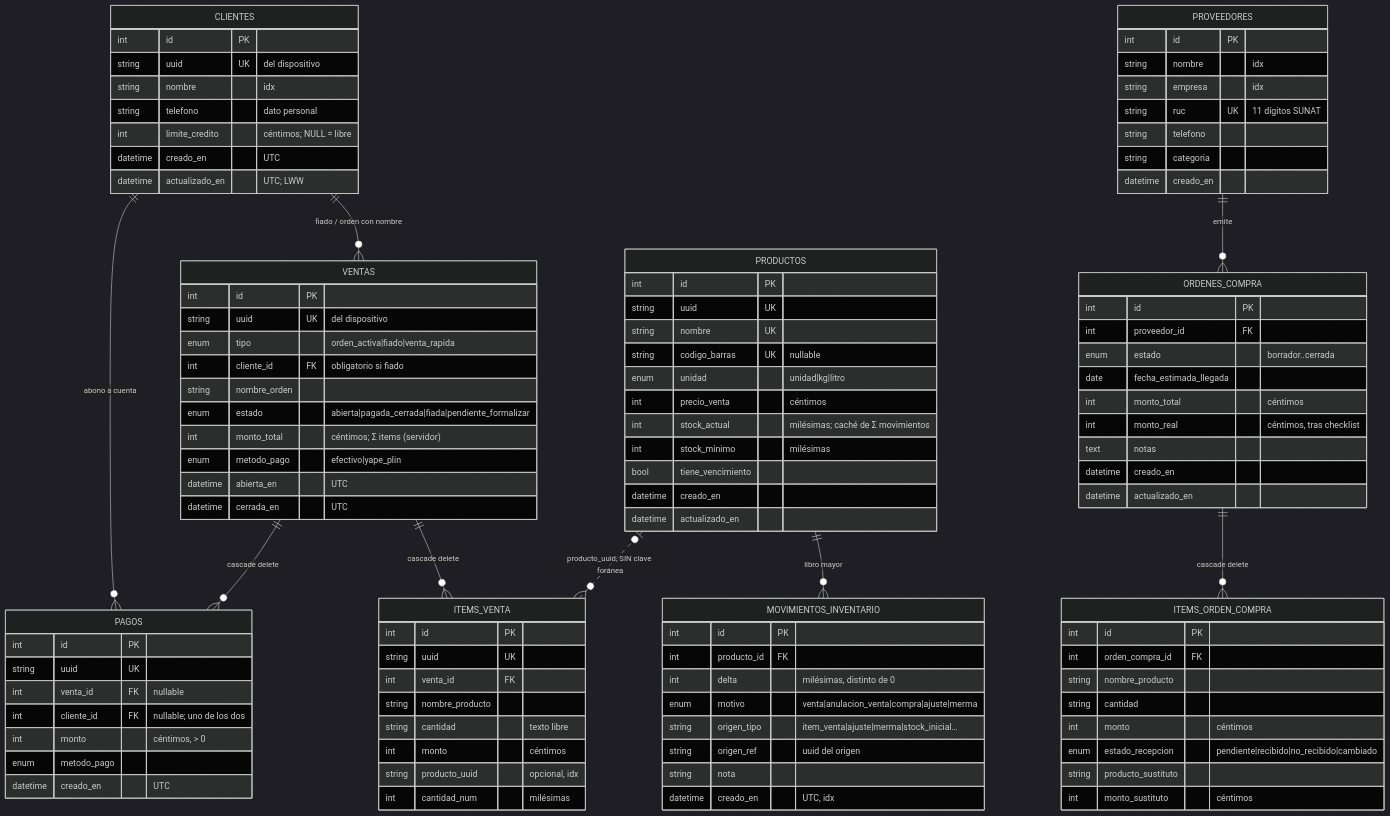
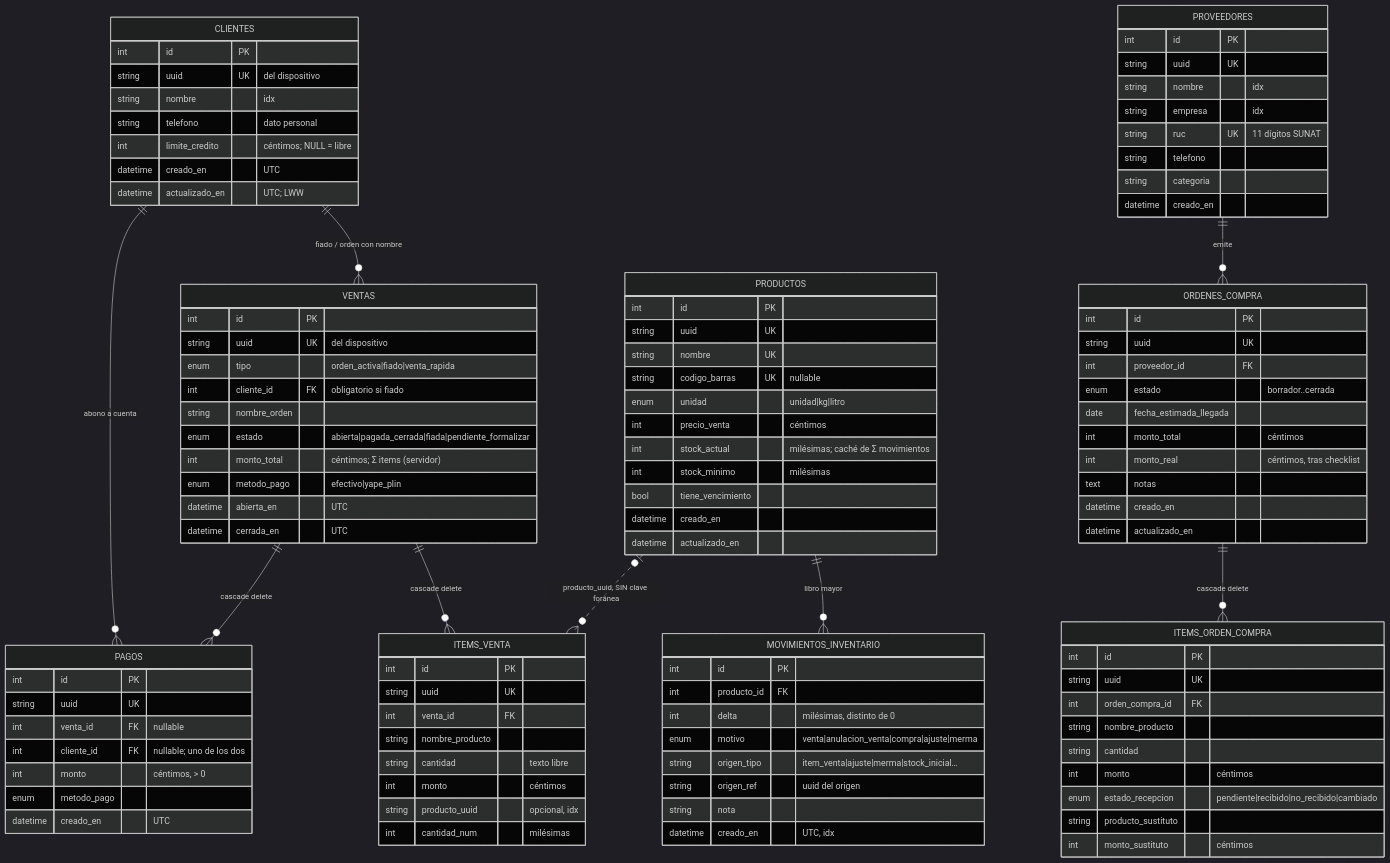
Before and after one commit to JoseFM2808/Mi-puestito: the diagram in .ai-context/03-base-de-datos.md, drawn with Mermaid (dark theme). The commit also changed other lines of this file and 11 other files, not shown here.

```diff
--- a/.ai-context/03-base-de-datos.md
+++ b/.ai-context/03-base-de-datos.md
@@ -60,6 +60,7 @@
     }
     PROVEEDORES {
         int id PK
+        string uuid UK
         string nombre "idx"
         string empresa "idx"
         string ruc UK "11 dígitos SUNAT"
@@ -69,6 +70,7 @@
     }
     ORDENES_COMPRA {
         int id PK
+        string uuid UK
         int proveedor_id FK
         enum estado "borrador..cerrada"
         date fecha_estimada_llegada
@@ -80,6 +82,7 @@
     }
     ITEMS_ORDEN_COMPRA {
         int id PK
+        string uuid UK
         int orden_compra_id FK
         string nombre_producto
         string cantidad
```
